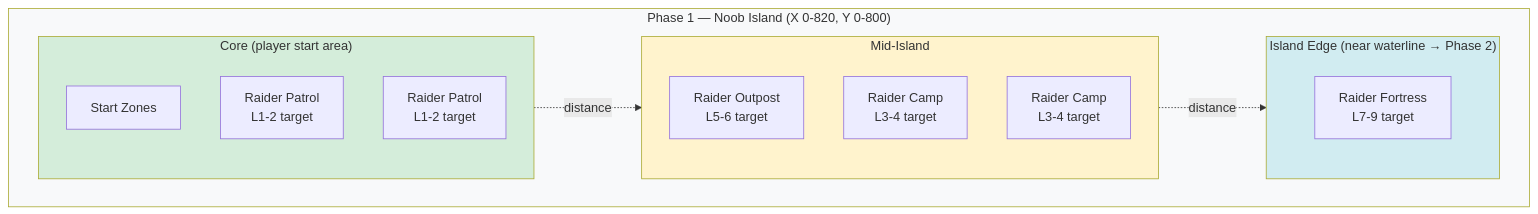
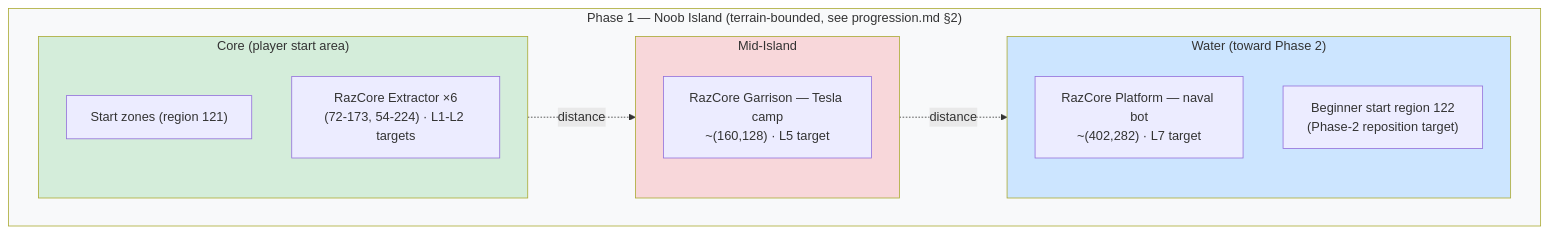
One commit to Razarion/razarion changed the fifth of 5 diagrams in docs/game-design/phase-1-plan.md. Above: the diagram before and after it, drawn with Mermaid. The commit also changed other lines of this file and 16 other files, not shown here.

First line of the commit message:
Phase 1/2 design docs, bot near-center spawn, box region editor + L10 boxes

````diff
--- a/docs/game-design/phase-1-plan.md
+++ b/docs/game-design/phase-1-plan.md
@@ -367,24 +390,22 @@
 ```mermaid
 flowchart TB
-    subgraph Phase1["Phase 1 — Noob Island (X 0-820, Y 0-800)"]
-        subgraph OuterEdge["Island Edge (near waterline → Phase 2)"]
-            F["Raider Fortress<br/>L7-9 target"]
+    subgraph Phase1["Phase 1 — Noob Island (terrain-bounded, see progression.md §2)"]
+        subgraph Water["Water (toward Phase 2)"]
+            W["RazCore Platform — naval bot<br/>~(402,282) · L7 target"]
+            B["Beginner start region 122<br/>(Phase-2 reposition target)"]
         end
-        subgraph MidIsland["Mid-Island"]
-            O["Raider Outpost<br/>L5-6 target"]
-            C1["Raider Camp<br/>L3-4 target"]
-            C2["Raider Camp<br/>L3-4 target"]
+        subgraph Mid["Mid-Island"]
+            T["RazCore Garrison — Tesla camp<br/>~(160,128) · L5 target"]
         end
-        subgraph CoreArea["Core (player start area)"]
-            S["Start Zones"]
-            P1["Raider Patrol<br/>L1-2 target"]
-            P2["Raider Patrol<br/>L1-2 target"]
+        subgraph Core["Core (player start area)"]
+            S["Start zones (region 121)"]
+            R["RazCore Extractor ×6<br/>(72-173, 54-224) · L1-L2 targets"]
         end
     end
-    CoreArea -.distance.-> MidIsland -.distance.-> OuterEdge
+    Core -.distance.-> Mid -.distance.-> Water
 
     style Phase1 fill:#f8f9fa
-    style OuterEdge fill:#d1ecf1
-    style MidIsland fill:#fff3cd
-    style CoreArea fill:#d4edda
+    style Water fill:#cce5ff
+    style Mid fill:#f8d7da
+    style Core fill:#d4edda
 ```
````
